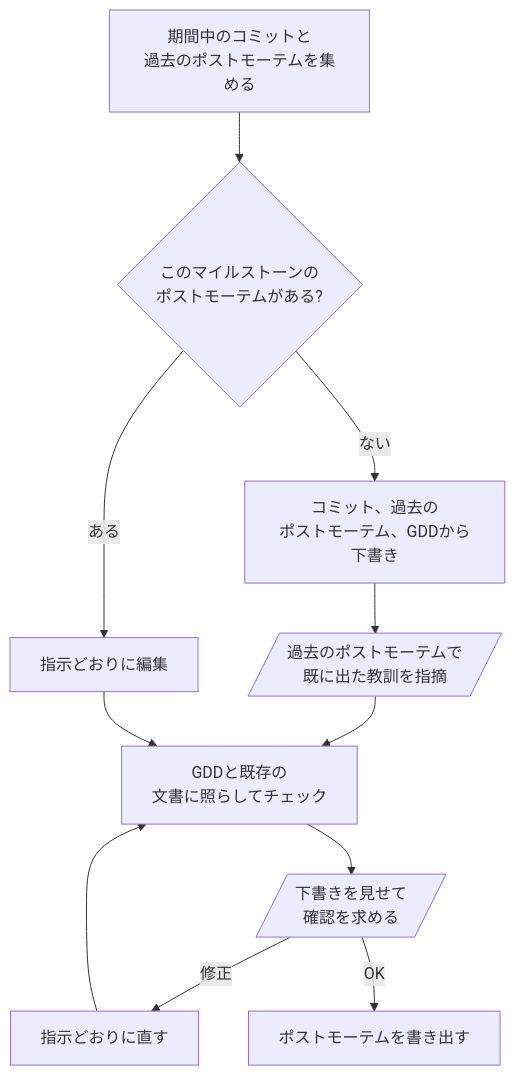
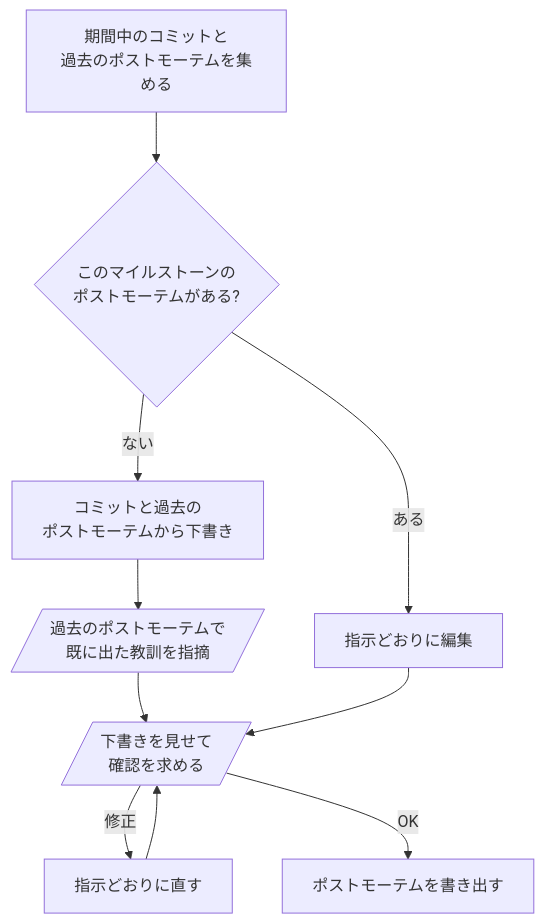
One commit to omni-stove/skill-kit changed the diagram in domains/game/skills/post-mortem/README.ja.md. Above: the diagram before and after it, drawn with Mermaid. The commit also changed 59 other files, not shown here.

````diff
--- a/domains/game/skills/post-mortem/README.ja.md
+++ b/domains/game/skills/post-mortem/README.ja.md
@@ -3,14 +3,13 @@
 ```mermaid
 flowchart TD
   gather[期間中のコミットと<br/>過去のポストモーテムを集める]
   gather --> exists{このマイルストーンの<br/>ポストモーテムがある?}
   exists -- "ある" --> edit[指示どおりに編集]
-  exists -- "ない" --> draft[コミット、過去の<br/>ポストモーテム、GDDから下書き]
+  exists -- "ない" --> draft[コミットと過去の<br/>ポストモーテムから下書き]
   draft --> repeat[/過去のポストモーテムで<br/>既に出た教訓を指摘/]
-  repeat --> check
-  edit --> check[GDDと既存の<br/>文書に照らしてチェック]
-  check --> confirm[/下書きを見せて<br/>確認を求める/]
+  repeat --> confirm
+  edit --> confirm[/下書きを見せて<br/>確認を求める/]
   confirm -- "修正" --> revise[指示どおりに直す]
-  revise --> check
+  revise --> confirm
   confirm -- "OK" --> save[ポストモーテムを書き出す]
 ```
````
